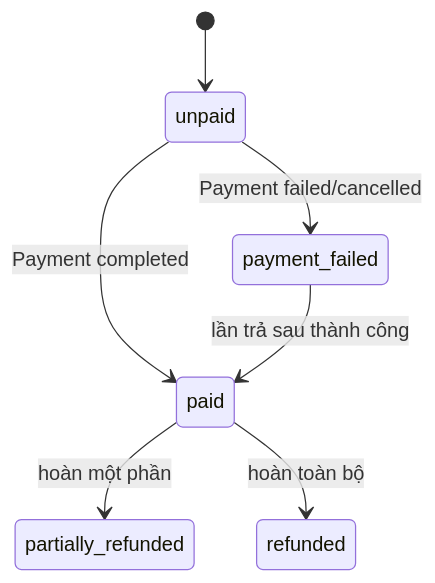
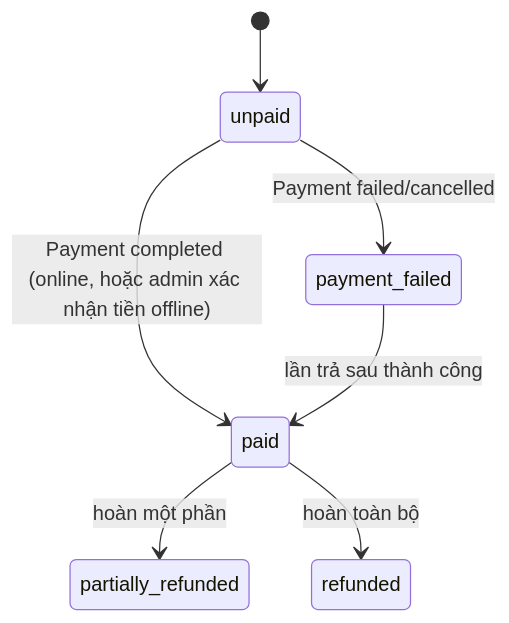
One commit to phuochuyy/store-api changed the second of 4 diagrams in docs/onboarding/02-domain-map.md. Above: the diagram before and after it, drawn with Mermaid. The commit also changed other lines of this file and 5 other files, not shown here.

````diff
--- a/docs/onboarding/02-domain-map.md
+++ b/docs/onboarding/02-domain-map.md
@@ -56,9 +56,9 @@
 ```mermaid
 stateDiagram-v2
   [*] --> unpaid
-  unpaid --> paid: Payment completed
+  unpaid --> paid: Payment completed (online, hoặc admin xác nhận tiền offline)
   unpaid --> payment_failed: Payment failed/cancelled
   payment_failed --> paid: lần trả sau thành công
   paid --> partially_refunded: hoàn một phần
   paid --> refunded: hoàn toàn bộ
 ```
````
